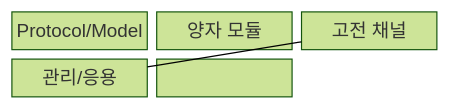
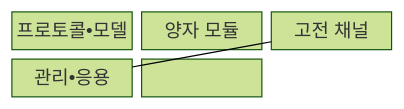
Before and after one commit to agnusdei1207/knowledge-base: the first of 2 diagrams in src/content/docs/notes/08-latest-tech/217_qkd_quantum_key_distribution.md, drawn with Mermaid (forest theme). The commit also changed other lines of this file and 20 other files, not shown here.

````diff
--- a/src/content/docs/notes/08-latest-tech/217_qkd_quantum_key_distribution.md
+++ b/src/content/docs/notes/08-latest-tech/217_qkd_quantum_key_distribution.md
@@ -68,10 +68,10 @@
 ```mermaid
 block-beta
   columns 3
-  N0["Protocol/Model"]
+  N0["프로토콜•모델"]
   N1["양자 모듈"]
   N2["고전 채널"]
-  N3["관리/응용"]
+  N3["관리•응용"]
   N0 --- N1 --- N2
   N2 --- N3
 ```
````
